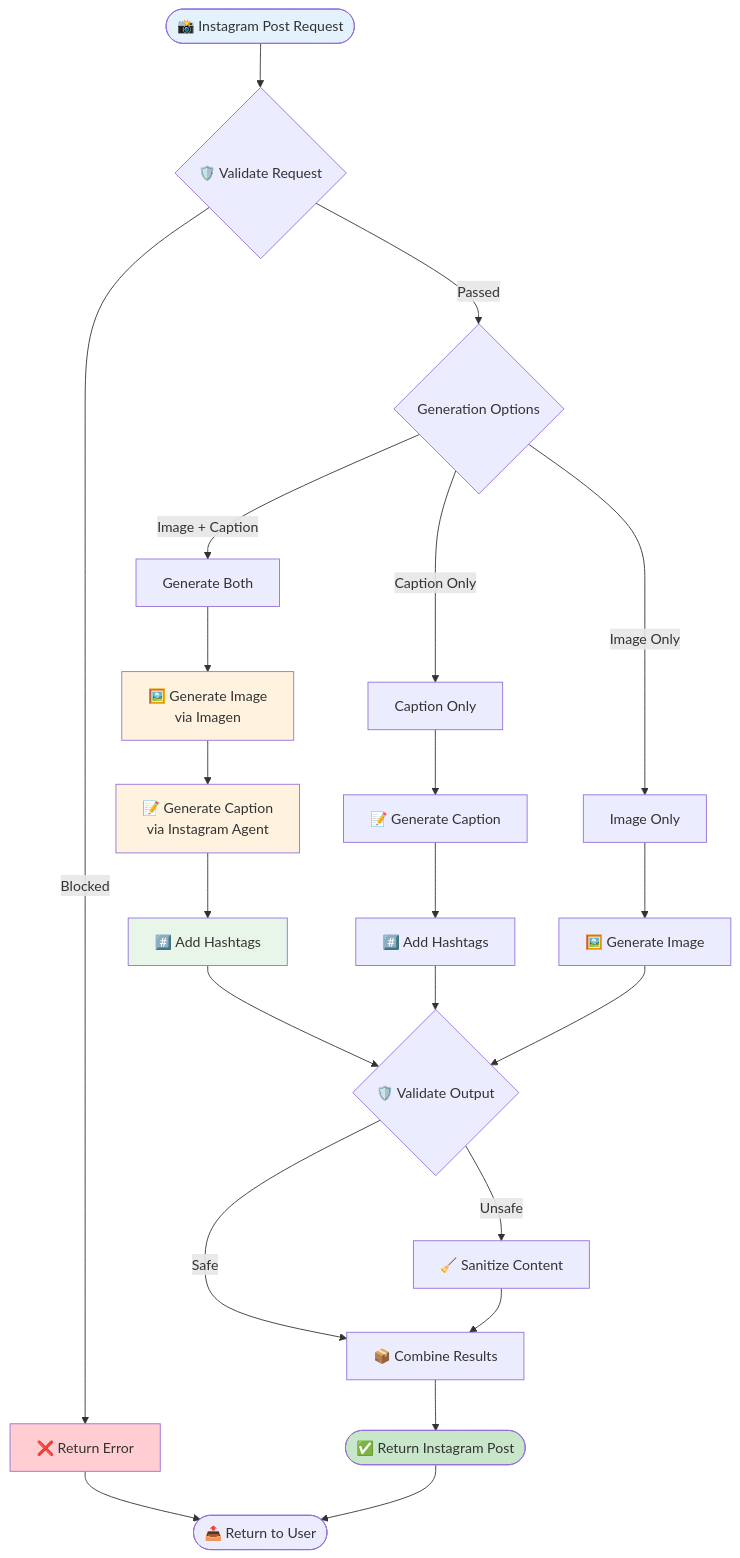
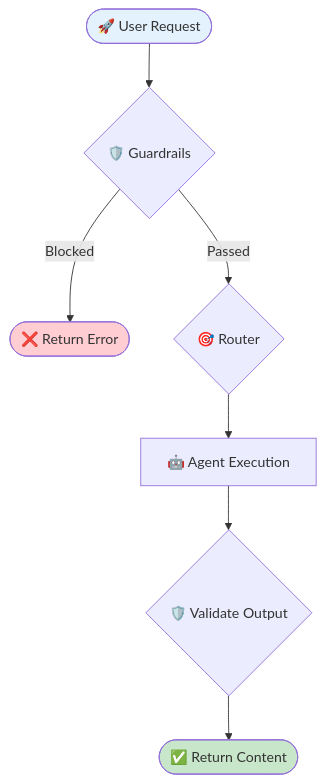
The diagram in docs/langgraph_flowchart.md (jayanthanantharaman/reach), drawn with Mermaid before and after one commit. The commit also changed other lines of this file and 22 other files, not shown here.

Commit message:
REACH - Update architecture docs and All agents now use centralized config settings

````diff
--- a/docs/langgraph_flowchart.md
+++ b/docs/langgraph_flowchart.md
@@ -147,39 +43,13 @@
 ```mermaid
 flowchart TD
-    START([📸 Instagram Post Request]) --> VALIDATE{🛡️ Validate Request}
-    
-    VALIDATE -->|Blocked| ERROR[❌ Return Error]
-    VALIDATE -->|Passed| OPTIONS{Generation Options}
-    
-    OPTIONS -->|Image + Caption| BOTH[Generate Both]
-    OPTIONS -->|Caption Only| CAPTION_ONLY[Caption Only]
-    OPTIONS -->|Image Only| IMAGE_ONLY[Image Only]
-    
-    BOTH --> GEN_IMAGE[🖼️ Generate Image<br/>via Imagen]
-    GEN_IMAGE --> GEN_CAPTION[📝 Generate Caption<br/>via Instagram Agent]
-    GEN_CAPTION --> ADD_HASHTAGS[#️⃣ Add Hashtags]
-    
-    CAPTION_ONLY --> GEN_CAPTION_SOLO[📝 Generate Caption]
-    GEN_CAPTION_SOLO --> ADD_HASHTAGS_SOLO[#️⃣ Add Hashtags]
-    
-    IMAGE_ONLY --> GEN_IMAGE_SOLO[🖼️ Generate Image]
-    
-    ADD_HASHTAGS --> VALIDATE_OUTPUT{🛡️ Validate Output}
-    ADD_HASHTAGS_SOLO --> VALIDATE_OUTPUT
-    GEN_IMAGE_SOLO --> VALIDATE_OUTPUT
-    
-    VALIDATE_OUTPUT -->|Safe| COMBINE[📦 Combine Results]
-    VALIDATE_OUTPUT -->|Unsafe| SANITIZE[🧹 Sanitize Content]
-    SANITIZE --> COMBINE
-    
-    COMBINE --> RETURN([✅ Return Instagram Post])
-    ERROR --> END([📤 Return to User])
-    RETURN --> END
+    START([🚀 User Request]) --> GUARDRAILS{🛡️ Guardrails}
+    GUARDRAILS -->|Blocked| END_BLOCKED([❌ Return Error])
+    GUARDRAILS -->|Passed| ROUTER{🎯 Router}
+    ROUTER --> AGENT[🤖 Agent Execution]
+    AGENT --> VALIDATE{🛡️ Validate Output}
+    VALIDATE --> SUCCESS([✅ Return Content])
 
     style START fill:#e3f2fd
-    style ERROR fill:#ffcdd2
-    style RETURN fill:#c8e6c9
-    style GEN_IMAGE fill:#fff3e0
-    style GEN_CAPTION fill:#fff3e0
-    style ADD_HASHTAGS fill:#e8f5e9
+    style END_BLOCKED fill:#ffcdd2
+    style SUCCESS fill:#c8e6c9
 ```
````
